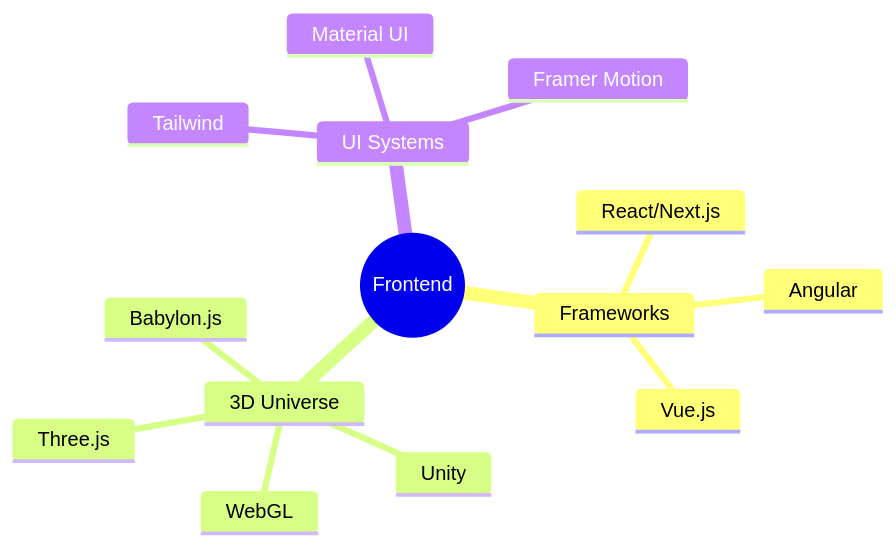
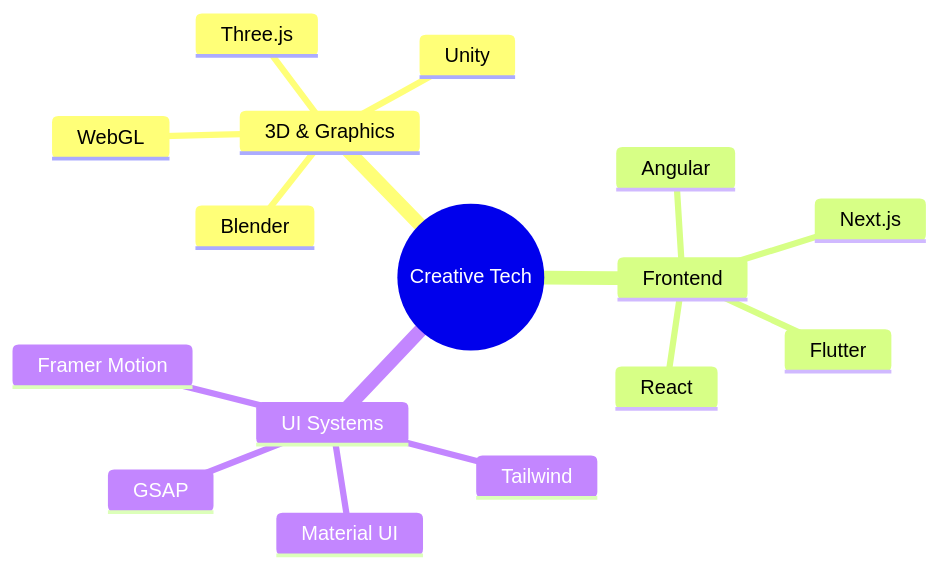
The first of 4 diagrams in README.md (KhamessiTaha/KhamessiTaha), drawn with Mermaid before and after one commit. The commit also changed other lines of this file, not shown here.

````diff
--- a/README.md
+++ b/README.md
@@ -132,17 +63,19 @@
 ```mermaid
 mindmap
-  root((Frontend))
-    Frameworks
-      React/Next.js
+  root((Creative Tech))
+    3D & Graphics
+      Three.js
+      WebGL
+      Unity
+      Blender
+    Frontend
+      React
+      Next.js
       Angular
-      Vue.js
-    3D Universe
-      Three.js
-      Unity
-      WebGL
-      Babylon.js
+      Flutter
     UI Systems
       Tailwind
+      Framer Motion
+      GSAP
       Material UI
-      Framer Motion
 ```
````
